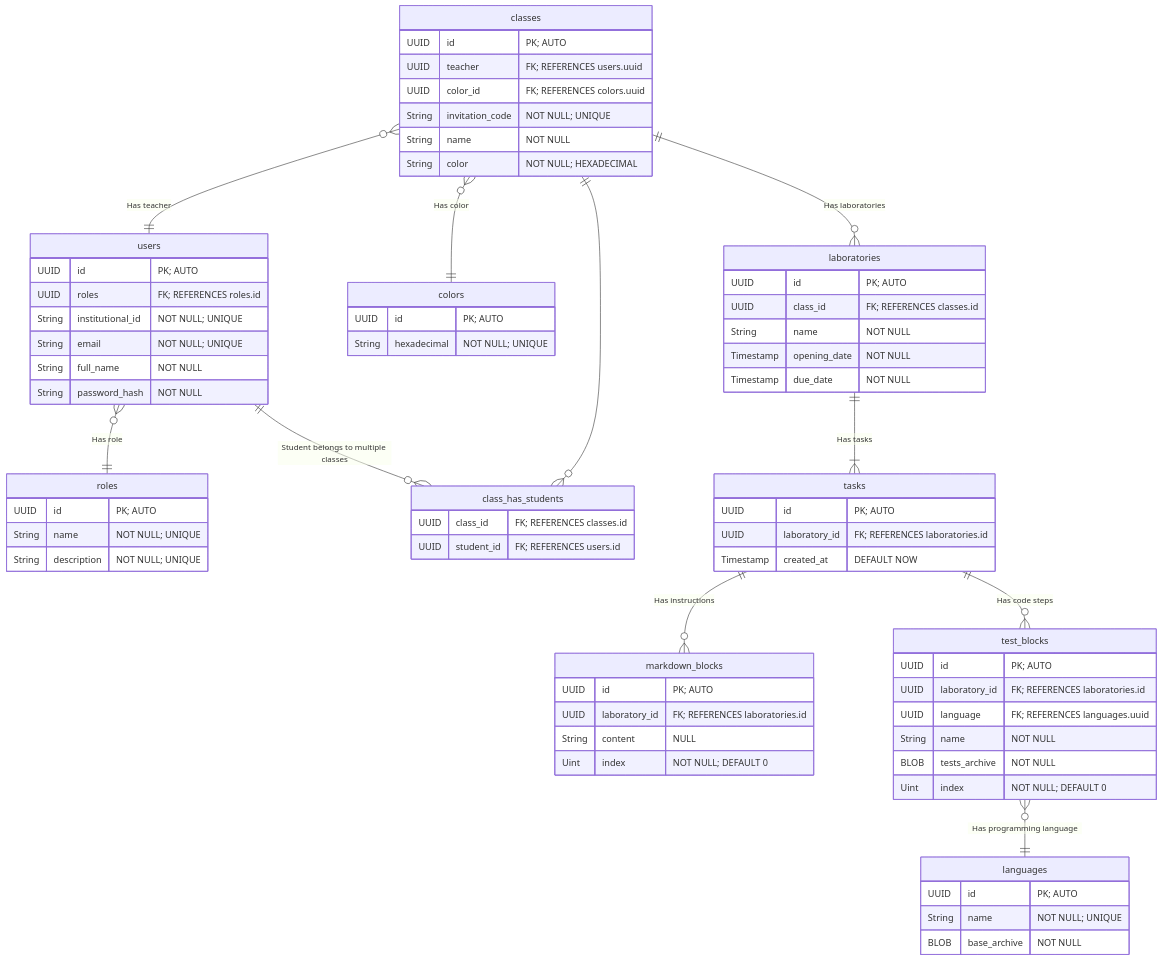
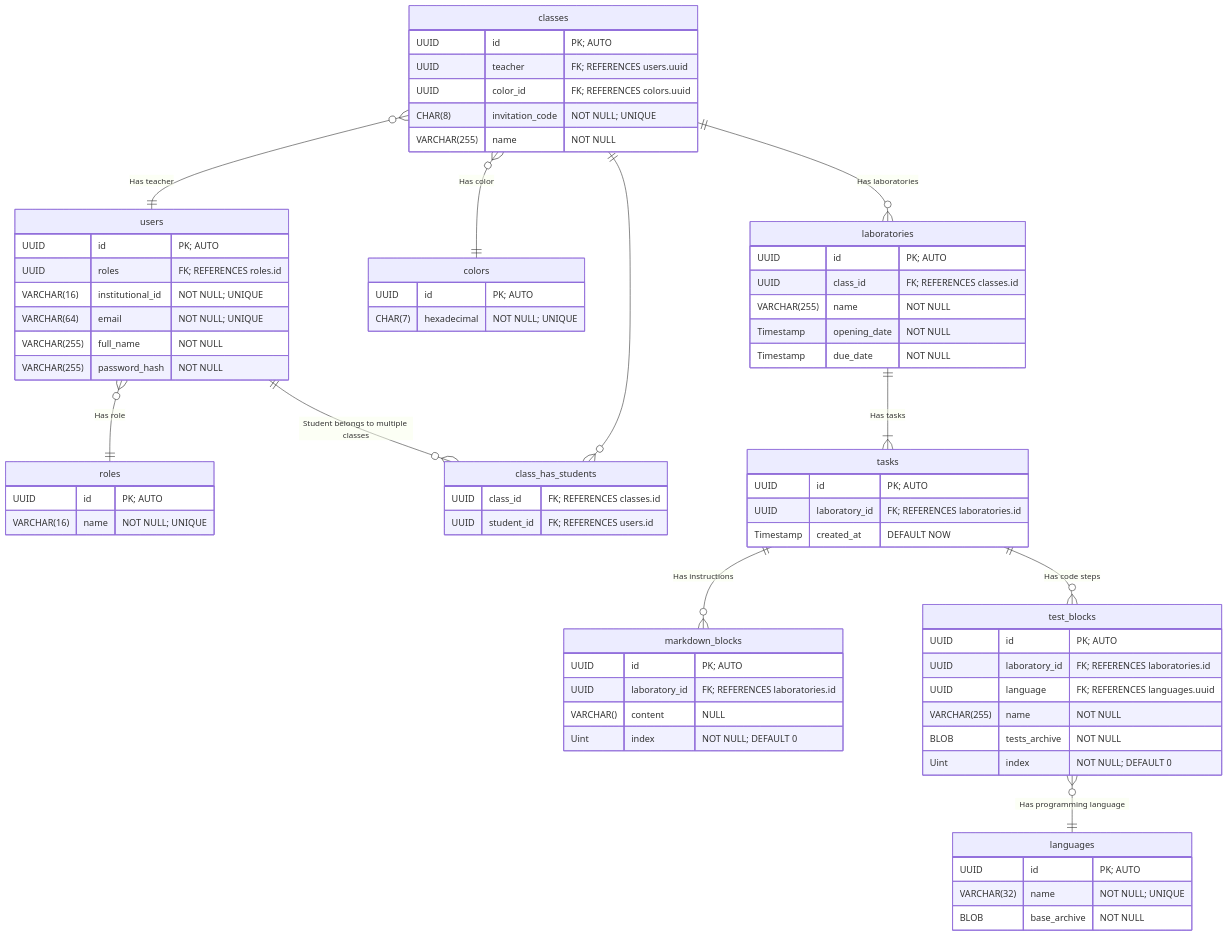
The diagram in diagrams/database/database.md (upb-code-labs/docs), drawn with Mermaid before and after one commit.

Commit message:
docs: Update string types

````diff
--- a/diagrams/database/database.md
+++ b/diagrams/database/database.md
@@ -14,32 +14,30 @@
     test_blocks  }o--|| languages: "Has programming language"
 
 	roles {
-        UUID    id          "PK; AUTO"
-        String  name        "NOT NULL; UNIQUE"
-        String  description "NOT NULL; UNIQUE"
+        UUID            id          "PK; AUTO"
+        VARCHAR(16)     name        "NOT NULL; UNIQUE"
     }
 
     users {
-        UUID    id                  "PK; AUTO"
-        UUID    roles               "FK; REFERENCES roles.id"
-        String  institutional_id    "NOT NULL; UNIQUE"
-        String  email               "NOT NULL; UNIQUE"
-        String  full_name           "NOT NULL"
-        String  password_hash       "NOT NULL"
+        UUID            id                  "PK; AUTO"
+        UUID            roles               "FK; REFERENCES roles.id"
+        VARCHAR(16)     institutional_id    "NOT NULL; UNIQUE"
+        VARCHAR(64)     email               "NOT NULL; UNIQUE"
+        VARCHAR(255)    full_name           "NOT NULL"
+        VARCHAR(255)    password_hash       "NOT NULL"
     }
 
     classes {
-        UUID    id                  "PK; AUTO"
-        UUID    teacher             "FK; REFERENCES users.uuid"
-        UUID    color_id            "FK; REFERENCES colors.uuid"
-        String  invitation_code     "NOT NULL; UNIQUE"
-        String  name                "NOT NULL"
-        String  color               "NOT NULL; HEXADECIMAL"
+        UUID            id                  "PK; AUTO"
+        UUID            teacher             "FK; REFERENCES users.uuid"
+        UUID            color_id            "FK; REFERENCES colors.uuid"
+        CHAR(8)         invitation_code     "NOT NULL; UNIQUE"
+        VARCHAR(255)    name                "NOT NULL"
     }
 
     colors {
-        UUID    id              "PK; AUTO"
-        String  hexadecimal     "NOT NULL; UNIQUE"
+        UUID        id              "PK; AUTO"
+        CHAR(7)     hexadecimal     "NOT NULL; UNIQUE"
     }
 
     class_has_students {
@@ -48,11 +46,11 @@
     }
 
     laboratories {
-        UUID        id              "PK; AUTO"
-        UUID        class_id        "FK; REFERENCES classes.id"
-        String      name            "NOT NULL"
-        Timestamp   opening_date    "NOT NULL"
-        Timestamp   due_date        "NOT NULL"
+        UUID                id              "PK; AUTO"
+        UUID                class_id        "FK; REFERENCES classes.id"
+        VARCHAR(255)        name            "NOT NULL"
+        Timestamp           opening_date    "NOT NULL"
+        Timestamp           due_date        "NOT NULL"
     }
 
     tasks {
@@ -62,24 +60,24 @@
     }
 
     markdown_blocks {
-        UUID        id              "PK; AUTO"
-        UUID        laboratory_id   "FK; REFERENCES laboratories.id"
-        String      content         "NULL"
-        Uint        index           "NOT NULL; DEFAULT 0"
+        UUID            id              "PK; AUTO"
+        UUID            laboratory_id   "FK; REFERENCES laboratories.id"
+        VARCHAR()       content         "NULL"
+        Uint            index           "NOT NULL; DEFAULT 0"
     }
 
     test_blocks {
-        UUID        id              "PK; AUTO"
-        UUID        laboratory_id   "FK; REFERENCES laboratories.id"
-        UUID        language        "FK; REFERENCES languages.uuid"
-        String      name            "NOT NULL"
-        BLOB        tests_archive   "NOT NULL"
-        Uint        index           "NOT NULL; DEFAULT 0"
+        UUID            id              "PK; AUTO"
+        UUID            laboratory_id   "FK; REFERENCES laboratories.id"
+        UUID            language        "FK; REFERENCES languages.uuid"
+        VARCHAR(255)    name            "NOT NULL"
+        BLOB            tests_archive   "NOT NULL"
+        Uint            index           "NOT NULL; DEFAULT 0"
     }
 
     languages {
-        UUID        id              "PK; AUTO"
-        String      name            "NOT NULL; UNIQUE"
-        BLOB        base_archive    "NOT NULL"
+        UUID            id              "PK; AUTO"
+        VARCHAR(32)      name            "NOT NULL; UNIQUE"
+        BLOB             base_archive    "NOT NULL"
     }
 ```
````
